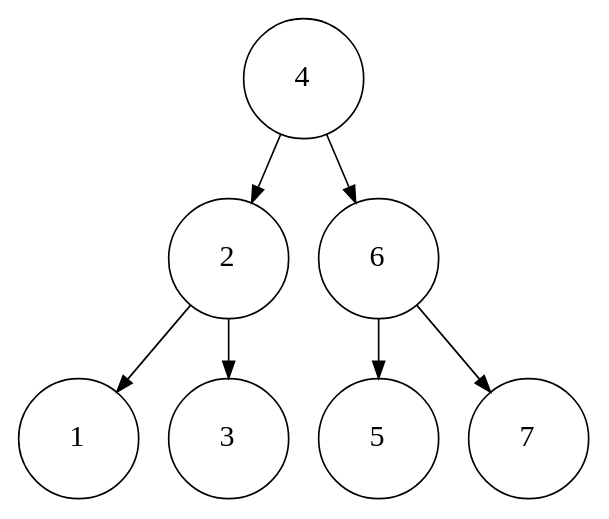
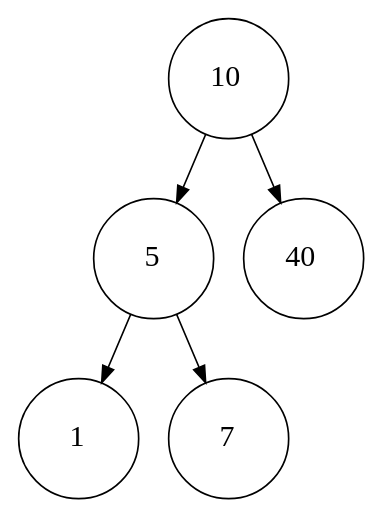
The diagram in data_structures/binary_search_tree/build/Digraph.gv (mustafasencer/AlgorithmDataStructureWithGraphviz), drawn with Graphviz before and after one commit. The commit also changed 23 other files, not shown here.

```diff
--- a/data_structures/binary_search_tree/build/Digraph.gv
+++ b/data_structures/binary_search_tree/build/Digraph.gv
@@ -1,16 +1,12 @@
 digraph {
 	name="" rankdir=TB
-	1 [label=<<FONT POINT-SIZE="18" FACE="ubuntu">4</FONT><BR ALIGN="CENTER"/>> height=1 shape=circle width=1]
-	2 [label=<<FONT POINT-SIZE="18" FACE="ubuntu">2</FONT><BR ALIGN="CENTER"/>> height=1 shape=circle width=1]
-	3 [label=<<FONT POINT-SIZE="18" FACE="ubuntu">6</FONT><BR ALIGN="CENTER"/>> height=1 shape=circle width=1]
+	1 [label=<<FONT POINT-SIZE="18" FACE="ubuntu">10</FONT><BR ALIGN="CENTER"/>> height=1 shape=circle width=1]
+	2 [label=<<FONT POINT-SIZE="18" FACE="ubuntu">5</FONT><BR ALIGN="CENTER"/>> height=1 shape=circle width=1]
+	3 [label=<<FONT POINT-SIZE="18" FACE="ubuntu">40</FONT><BR ALIGN="CENTER"/>> height=1 shape=circle width=1]
 	4 [label=<<FONT POINT-SIZE="18" FACE="ubuntu">1</FONT><BR ALIGN="CENTER"/>> height=1 shape=circle width=1]
-	5 [label=<<FONT POINT-SIZE="18" FACE="ubuntu">3</FONT><BR ALIGN="CENTER"/>> height=1 shape=circle width=1]
-	6 [label=<<FONT POINT-SIZE="18" FACE="ubuntu">5</FONT><BR ALIGN="CENTER"/>> height=1 shape=circle width=1]
-	7 [label=<<FONT POINT-SIZE="18" FACE="ubuntu">7</FONT><BR ALIGN="CENTER"/>> height=1 shape=circle width=1]
+	5 [label=<<FONT POINT-SIZE="18" FACE="ubuntu">7</FONT><BR ALIGN="CENTER"/>> height=1 shape=circle width=1]
 	1 -> 2
 	1 -> 3
 	2 -> 4
 	2 -> 5
-	3 -> 6
-	3 -> 7
 }
```
